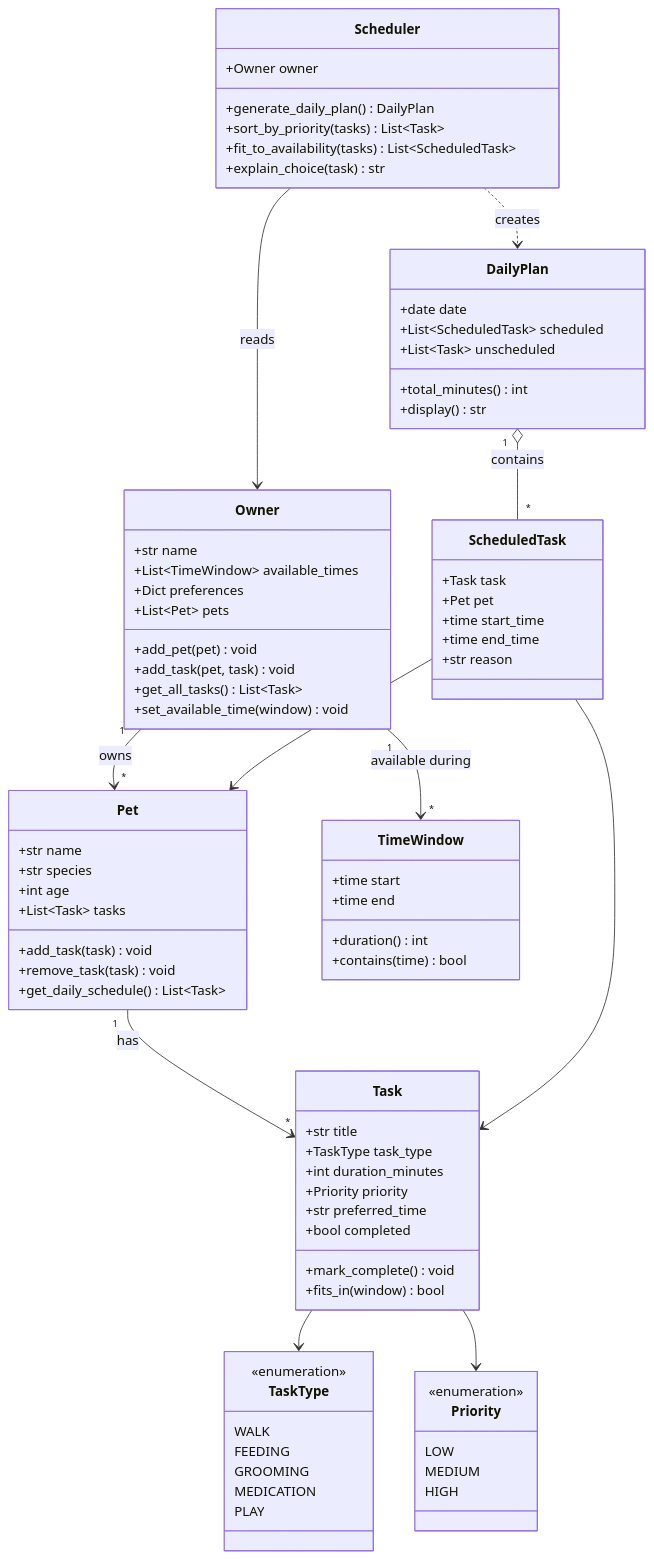
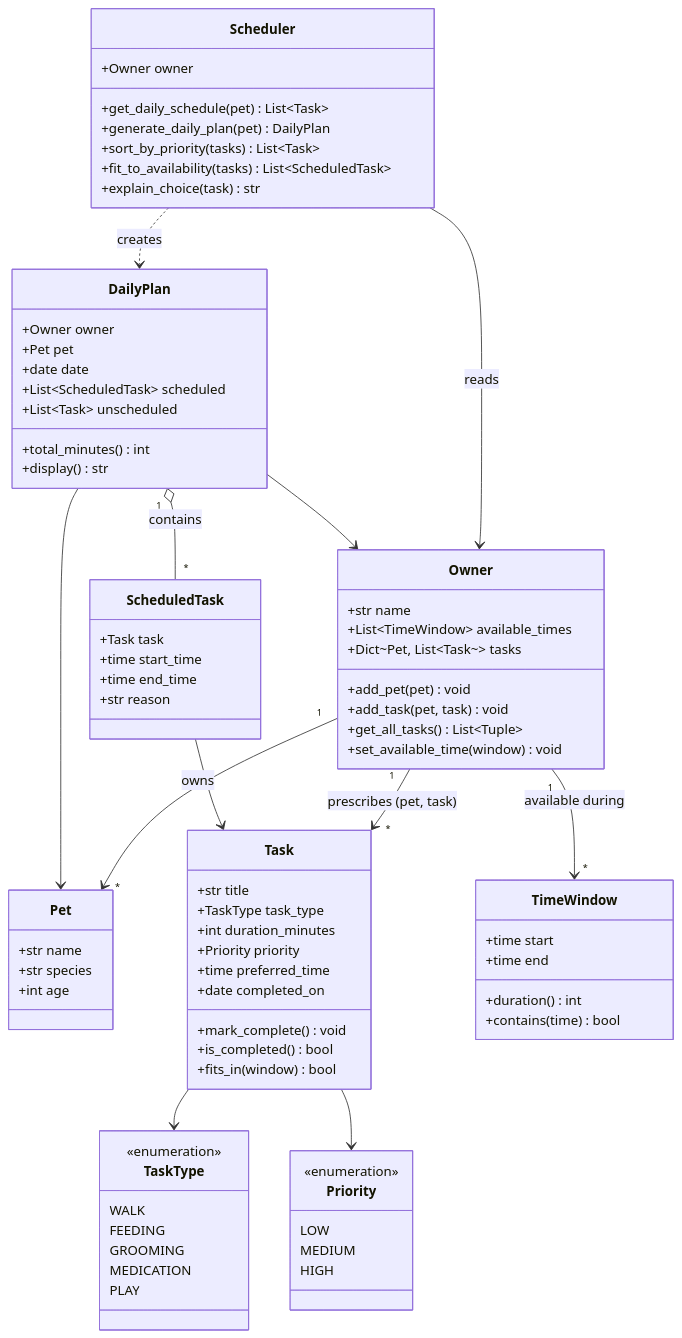
One commit to shrimayi1408/ai110-module2show-pawpal-starter changed the diagram in diagrams/uml.mmd. Above: the diagram before and after it, drawn with Mermaid. The commit also changed 2 other files, not shown here.

```diff
--- a/diagrams/uml.mmd
+++ b/diagrams/uml.mmd
@@ -1,90 +1,89 @@
 classDiagram
     class Owner {
         +str name
         +List~TimeWindow~ available_times
-        +Dict preferences
-        +List~Pet~ pets
+        +Dict~Pet, List~Task~~ tasks
         +add_pet(pet) void
         +add_task(pet, task) void
-        +get_all_tasks() List~Task~
+        +get_all_tasks() List~Tuple~
         +set_available_time(window) void
     }
 
     class Pet {
         +str name
         +str species
         +int age
-        +List~Task~ tasks
-        +add_task(task) void
-        +remove_task(task) void
-        +get_daily_schedule() List~Task~
     }
 
     class Task {
         +str title
         +TaskType task_type
         +int duration_minutes
         +Priority priority
-        +str preferred_time
-        +bool completed
+        +time preferred_time
+        +date completed_on
         +mark_complete() void
+        +is_completed() bool
         +fits_in(window) bool
     }
 
     class TimeWindow {
         +time start
         +time end
         +duration() int
         +contains(time) bool
     }
 
     class Scheduler {
         +Owner owner
-        +generate_daily_plan() DailyPlan
+        +get_daily_schedule(pet) List~Task~
+        +generate_daily_plan(pet) DailyPlan
         +sort_by_priority(tasks) List~Task~
         +fit_to_availability(tasks) List~ScheduledTask~
         +explain_choice(task) str
     }
 
     class ScheduledTask {
         +Task task
-        +Pet pet
         +time start_time
         +time end_time
         +str reason
     }
 
     class DailyPlan {
+        +Owner owner
+        +Pet pet
         +date date
         +List~ScheduledTask~ scheduled
         +List~Task~ unscheduled
         +total_minutes() int
         +display() str
     }
 
     class TaskType {
         <<enumeration>>
         WALK
         FEEDING
         GROOMING
         MEDICATION
         PLAY
     }
 
     class Priority {
         <<enumeration>>
         LOW
         MEDIUM
         HIGH
     }
 
     Owner "1" --> "*" Pet : owns
+    Owner "1" --> "*" Task : prescribes (pet, task)
     Owner "1" --> "*" TimeWindow : available during
-    Pet "1" --> "*" Task : has
     Task --> TaskType
     Task --> Priority
     Scheduler --> Owner : reads
     Scheduler ..> DailyPlan : creates
+    DailyPlan --> Owner
+    DailyPlan --> Pet
     DailyPlan "1" o-- "*" ScheduledTask : contains
     ScheduledTask --> Task
-    ScheduledTask --> Pet
```
